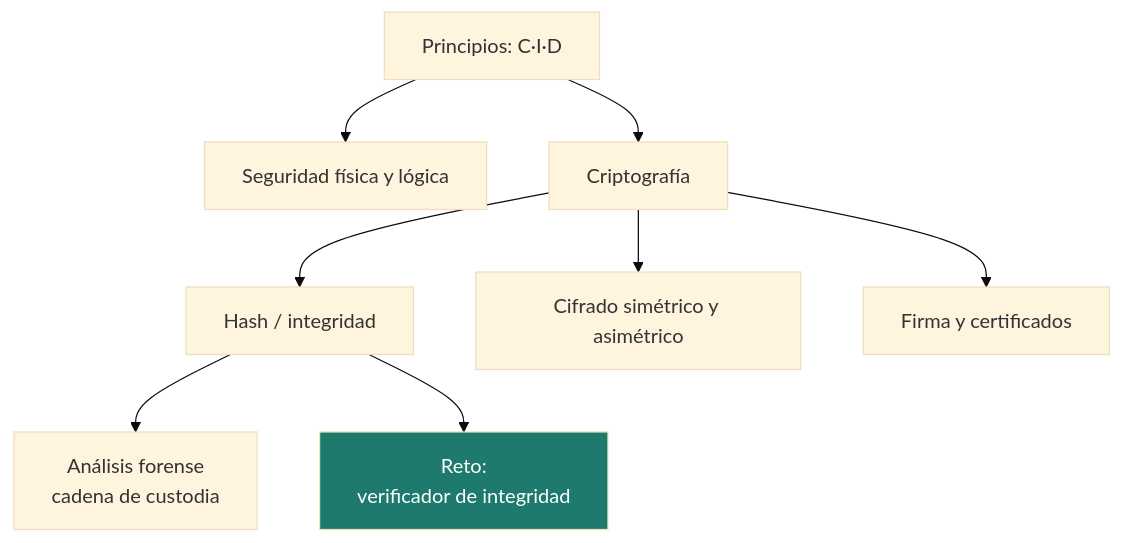
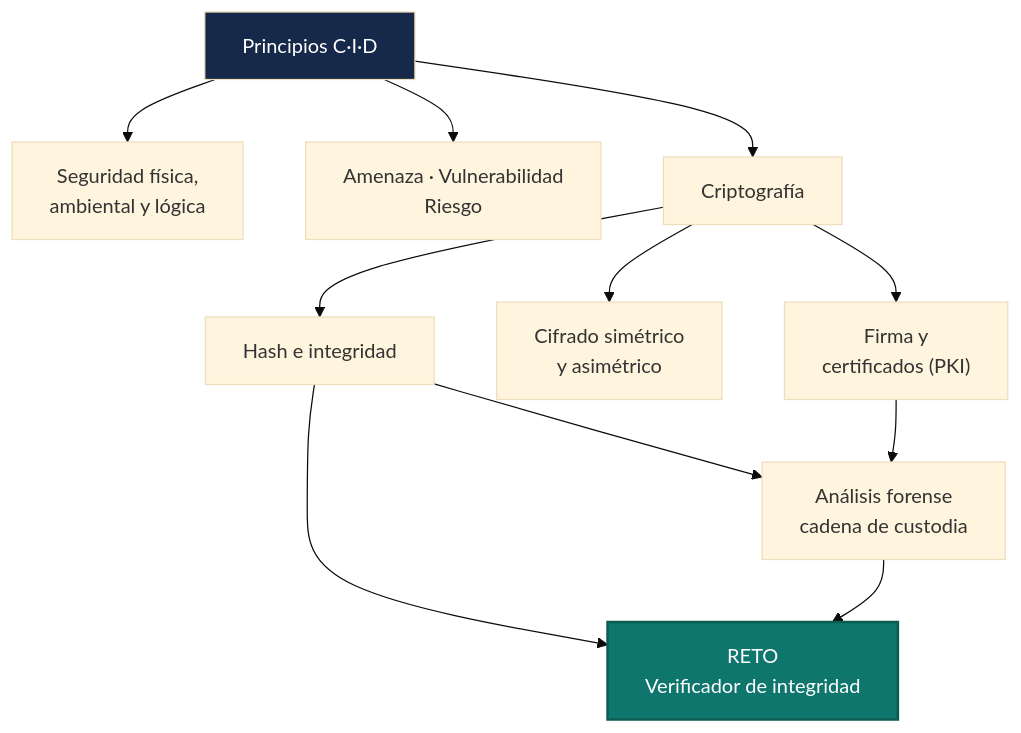
The first of 9 diagrams in docs/ud1/index.md (campusdevfp/cybersec2627), drawn with Mermaid (base theme) before and after one commit. The commit also changed other lines of this file and 5 other files, not shown here.

````diff
--- a/docs/ud1/index.md
+++ b/docs/ud1/index.md
@@ -15,11 +10,15 @@
 ```mermaid
 flowchart TB
-    A[Principios: C·I·D] --> B[Seguridad física y lógica]
-    A --> C[Criptografía]
-    C --> C1[Hash / integridad]
-    C --> C2[Cifrado simétrico y asimétrico]
-    C --> C3[Firma y certificados]
-    C1 --> D[Análisis forense<br/>cadena de custodia]
-    C1 --> P[Reto:<br/>verificador de integridad]
-    style P fill:#1d7a6c,color:#fff
+    A["Principios C·I·D"] --> B["Seguridad física,<br/>ambiental y lógica"]
+    A --> R["Amenaza · Vulnerabilidad<br/>Riesgo"]
+    A --> C["Criptografía"]
+    C --> C1["Hash e integridad"]
+    C --> C2["Cifrado simétrico<br/>y asimétrico"]
+    C --> C3["Firma y<br/>certificados (PKI)"]
+    C1 --> D["Análisis forense<br/>cadena de custodia"]
+    C3 --> D
+    C1 --> P["RETO<br/>Verificador de integridad"]
+    D --> P
+    style P fill:#0f766e,color:#fff,stroke:#0a5c52,stroke-width:2px
+    style A fill:#16294a,color:#fff
 ```
````
